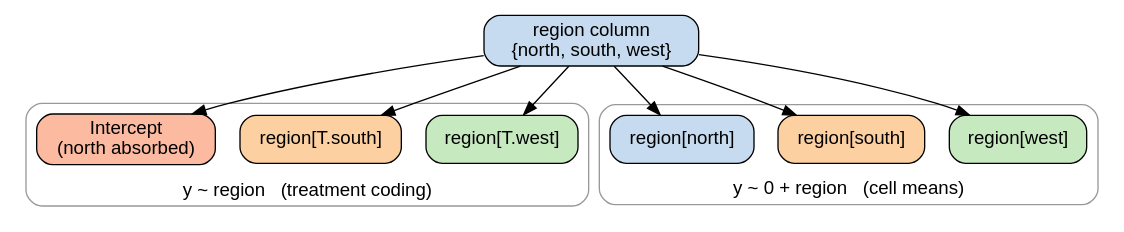
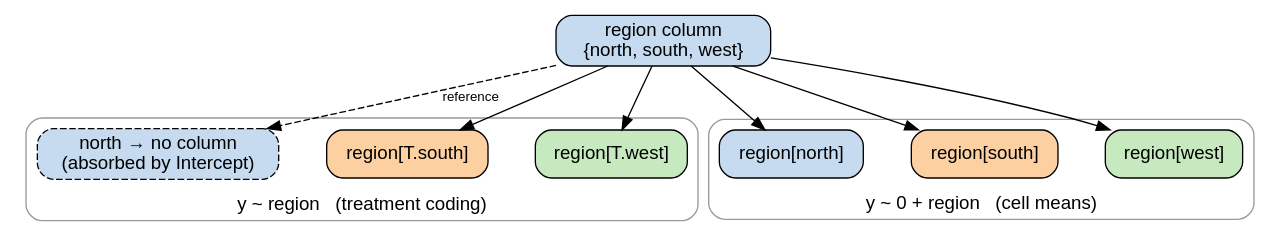
One commit to pymc-labs/pathmc changed the first of 2 diagrams in docs/user_guide/categorical-predictors.qmd. Above: the diagram before and after it, drawn with Graphviz. The commit also changed other lines of this file and 2 other files, not shown here.

First line of the commit message:
docs: address critique of categorical predictor pages

````diff
--- a/docs/user_guide/categorical-predictors.qmd
+++ b/docs/user_guide/categorical-predictors.qmd
@@ -49,43 +49,43 @@
 ```{dot}
 //| label: fig-coding-schemes
-//| fig-cap: "The two coding schemes for a three-level predictor. With an intercept (left), the reference level north is absorbed into the intercept and two contrast columns are created. Without an intercept (right), every level gets its own column and coefficient."
+//| fig-cap: "How one three-level column becomes design columns under the two coding schemes. With an intercept (left), the reference level north produces no column of its own (dashed edge) and two contrast columns are created. Without an intercept (right), every level gets its own column and coefficient. Colors identify levels."
 //| fig-width: 7
 digraph {
   rankdir=TB
   node [shape=box, style="filled,rounded", fontname="Helvetica"]
   edge [fontname="Helvetica", fontsize=10]
 
   region [label="region column\n{north, south, west}", fillcolor="#c6dbef"]
 
   subgraph cluster_treat {
     label="y ~ region   (treatment coding)"
     fontname="Helvetica"
     labelloc=b
     style=rounded
     color="#999999"
-    i1 [label="Intercept\n(north absorbed)", fillcolor="#fcbba1"]
+    i1 [label="north → no column\n(absorbed by Intercept)", fillcolor="#c6dbef", style="filled,rounded,dashed"]
     c1 [label="region[T.south]", fillcolor="#fdd0a2"]
     c2 [label="region[T.west]", fillcolor="#c7e9c0"]
     {rank=same; i1 -> c1 -> c2 [style=invis]}
   }
 
   subgraph cluster_cells {
     label="y ~ 0 + region   (cell means)"
     fontname="Helvetica"
     labelloc=b
     style=rounded
     color="#999999"
     m1 [label="region[north]", fillcolor="#c6dbef"]
     m2 [label="region[south]", fillcolor="#fdd0a2"]
     m3 [label="region[west]", fillcolor="#c7e9c0"]
     {rank=same; m1 -> m2 -> m3 [style=invis]}
   }
 
-  region -> i1
+  region -> i1 [style=dashed, label="reference"]
   region -> c1
   region -> c2
   region -> m1
   region -> m2
   region -> m3
 }
 ```
````
